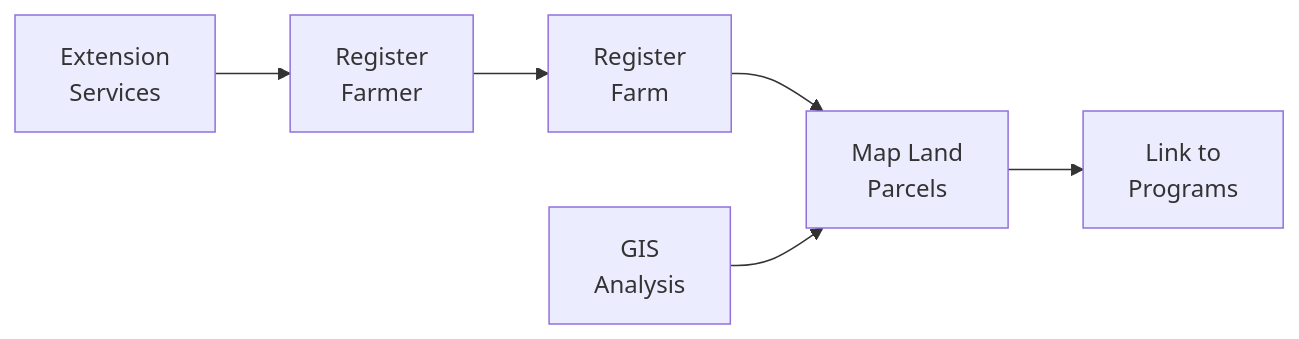
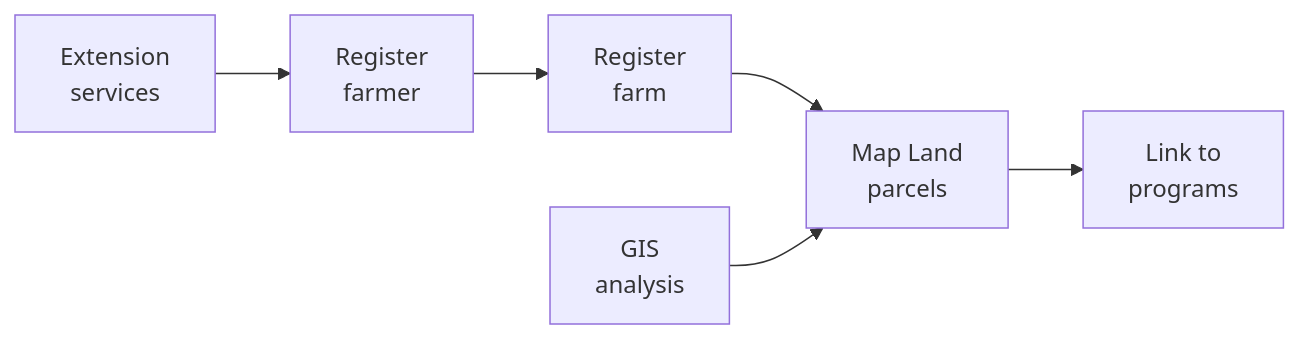
The first of 2 diagrams in docs/learn/products/farmer_registry.md (OpenSPP/documentation), drawn with Mermaid before and after one commit. The commit also changed other lines of this file and 36 other files, not shown here.

````diff
--- a/docs/learn/products/farmer_registry.md
+++ b/docs/learn/products/farmer_registry.md
@@ -74,8 +74,8 @@
 ```{mermaid}
 graph LR
-    A[Register<br/>Farmer] --> B[Register<br/>Farm]
-    B --> C[Map Land<br/>Parcels]
-    C --> D[Link to<br/>Programs]
-    E[Extension<br/>Services] --> A
-    F[GIS<br/>Analysis] --> C
+    A[Register<br/>farmer] --> B[Register<br/>farm]
+    B --> C[Map Land<br/>parcels]
+    C --> D[Link to<br/>programs]
+    E[Extension<br/>services] --> A
+    F[GIS<br/>analysis] --> C
 ```
````
